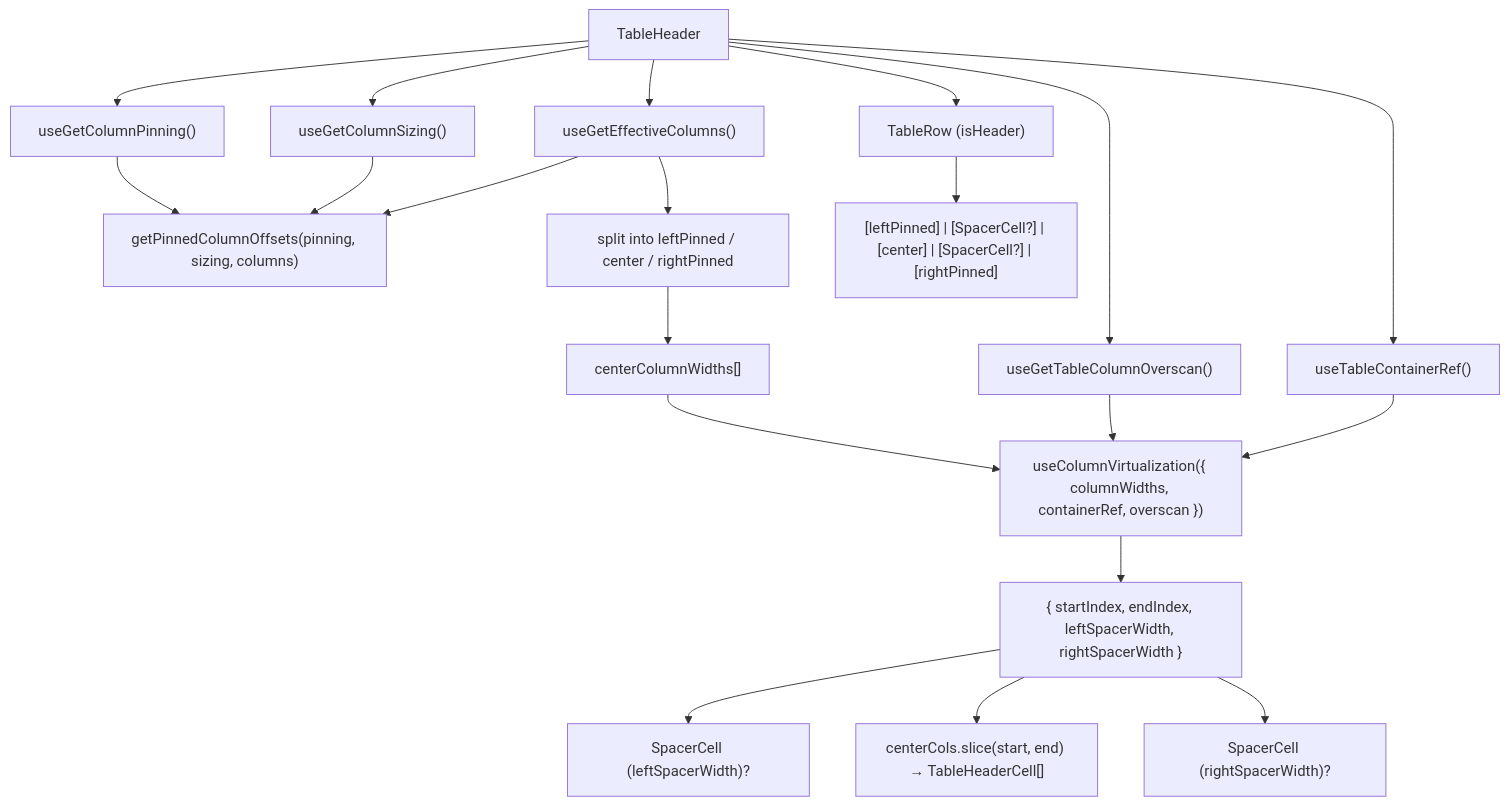
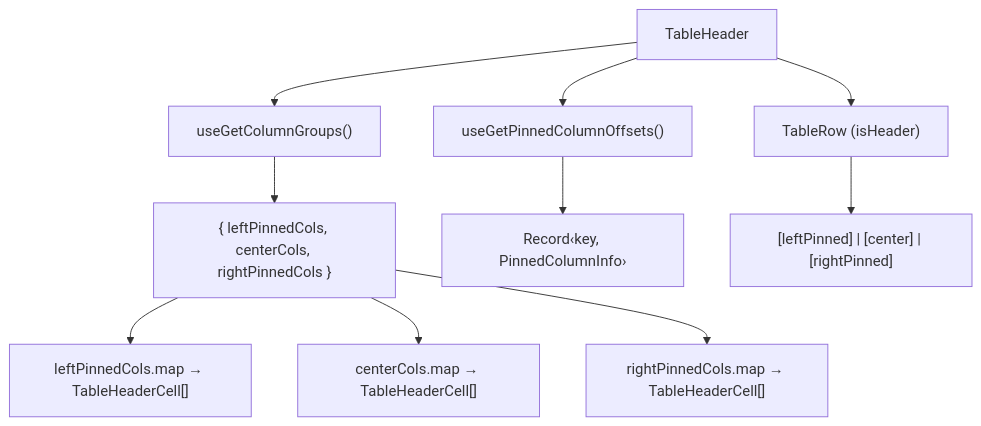
Before and after one commit to luciocabrera/lcabrera-stack: the diagram in src/components/Table/TableHeader/ARCHITECTURE.md, drawn with Mermaid. The commit also changed other lines of this file and 23 other files, not shown here.

First line of the commit message:
refactor(Table): streamline column management with new selectors and utilities

````diff
--- a/src/components/Table/TableHeader/ARCHITECTURE.md
+++ b/src/components/Table/TableHeader/ARCHITECTURE.md
@@ -30,26 +25,14 @@
 ```mermaid
 graph TD
-  TH["TableHeader"] --> EC["useGetEffectiveColumns()"]
-  TH --> CP["useGetColumnPinning()"]
-  TH --> CS["useGetColumnSizing()"]
-  TH --> CO["useGetTableColumnOverscan()"]
-  TH --> CR["useTableContainerRef()"]
-  CP --> Offsets["getPinnedColumnOffsets(pinning, sizing, columns)"]
-  CS --> Offsets
-  EC --> Offsets
+  TH["TableHeader"] --> CG["useGetColumnGroups()"]
+  TH --> PO["useGetPinnedColumnOffsets()"]
+  CG --> groups["{ leftPinnedCols, centerCols, rightPinnedCols }"]
+  PO --> offsets["Record‹key, PinnedColumnInfo›"]
 
-  EC --> split["split into leftPinned / center / rightPinned"]
-  split --> widths["centerColumnWidths[]"]
-  widths --> cvirt["useColumnVirtualization({ columnWidths, containerRef, overscan })"]
-  CO --> cvirt
-  CR --> cvirt
-
-  cvirt --> colRange["{ startIndex, endIndex, leftSpacerWidth, rightSpacerWidth }"]
-
-  colRange --> leftSpacer["SpacerCell (leftSpacerWidth)?"]
-  colRange --> center["centerCols.slice(start, end) → TableHeaderCell[]"]
-  colRange --> rightSpacer["SpacerCell (rightSpacerWidth)?"]
+  groups --> left["leftPinnedCols.map → TableHeaderCell[]"]
+  groups --> center["centerCols.map → TableHeaderCell[]"]
+  groups --> right["rightPinnedCols.map → TableHeaderCell[]"]
 
   TH --> Row["TableRow (isHeader)"]
-  Row --> cells["[leftPinned] | [SpacerCell?] | [center] | [SpacerCell?] | [rightPinned]"]
+  Row --> cells["[leftPinned] | [center] | [rightPinned]"]
 ```
````
